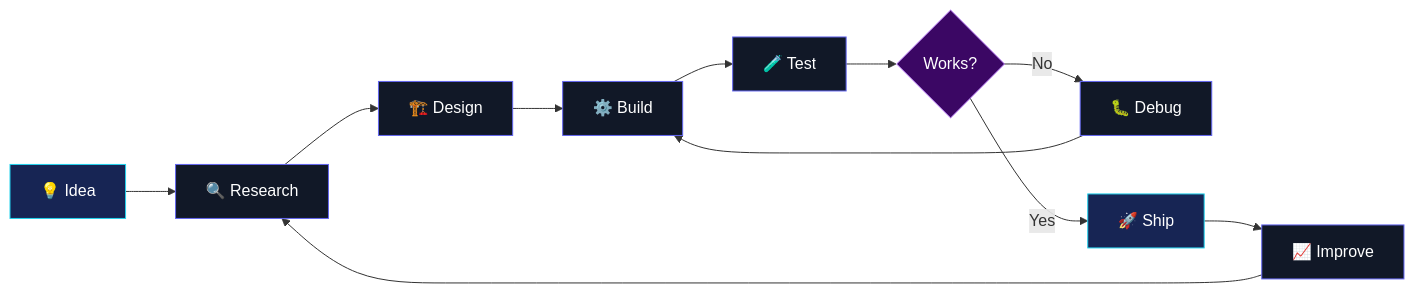
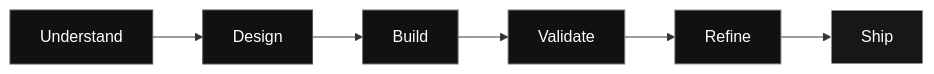
One commit to AkshatRaj00/AkshatRaj00 changed the diagram in README.md. Above: the diagram before and after it, drawn with Mermaid. The commit also changed other lines of this file, not shown here.

````diff
--- a/README.md
+++ b/README.md
@@ -62,20 +128,15 @@
 ```mermaid
 flowchart LR
-    A["💡 Idea"] --> B["🔍 Research"]
-    B --> C["🏗️ Design"]
-    C --> D["⚙️ Build"]
-    D --> E["🧪 Test"]
-    E --> F{"Works?"}
-    F -- "No" --> G["🐛 Debug"]
-    G --> D
-    F -- "Yes" --> H["🚀 Ship"]
-    H --> I["📈 Improve"]
-    I --> B
+    A["Understand"] --> B["Design"]
+    B --> C["Build"]
+    C --> D["Validate"]
+    D --> E["Refine"]
+    E --> F["Ship"]
 
-    classDef start fill:#172554,stroke:#22D3EE,color:#FFFFFF
-    classDef process fill:#111827,stroke:#6366F1,color:#FFFFFF
-    classDef decision fill:#3B0764,stroke:#C084FC,color:#FFFFFF
-    class A,H start
-    class B,C,D,E,G,I process
-    class F decision
+    style A fill:#111111,stroke:#555555,color:#FFFFFF
+    style B fill:#111111,stroke:#555555,color:#FFFFFF
+    style C fill:#111111,stroke:#777777,color:#FFFFFF
+    style D fill:#111111,stroke:#777777,color:#FFFFFF
+    style E fill:#111111,stroke:#999999,color:#FFFFFF
+    style F fill:#171717,stroke:#FFFFFF,color:#FFFFFF
 ```
````
